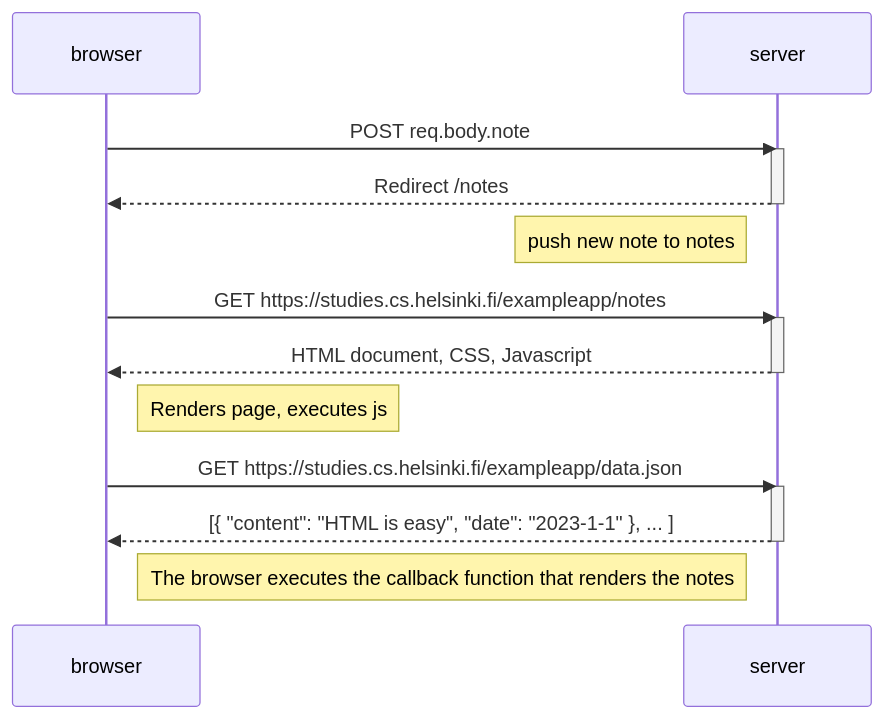
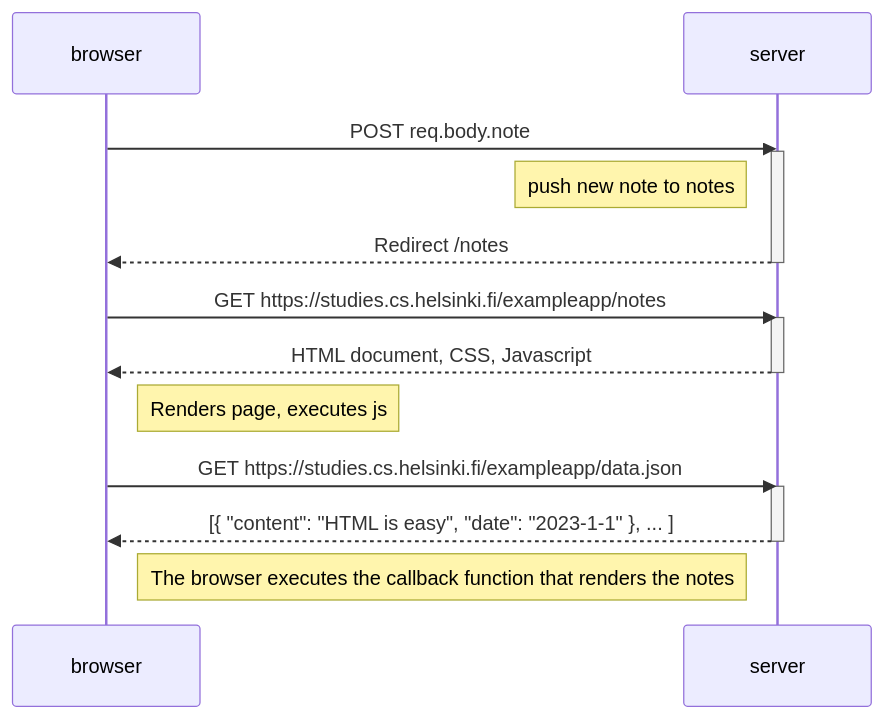
Before and after one commit to paolo-arroyo/fullstackopen: the diagram in part0/0-1 New Note Diagram.md, drawn with Mermaid.

Commit message:
fix note placement

````diff
--- a/part0/0-1 New Note Diagram.md
+++ b/part0/0-1 New Note Diagram.md
@@ -1,29 +1,26 @@
 ```mermaid
 sequenceDiagram
     participant browser
     participant server
 
-    
-
     browser->>server: POST req.body.note
     activate server
+    note left of server: push new note to notes
     server-->>browser: Redirect /notes
     deactivate server
-
-    note left of server: push new note to notes
 
     browser->>server: GET https://studies.cs.helsinki.fi/exampleapp/notes
     activate server
     server-->>browser: HTML document, CSS, Javascript
     deactivate server
 
     Note right of browser: Renders page, executes js
 
 
     browser->>server: GET https://studies.cs.helsinki.fi/exampleapp/data.json
     activate server
     server-->>browser: [{ "content": "HTML is easy", "date": "2023-1-1" }, ... ]
     deactivate server
 
     Note right of browser: The browser executes the callback function that renders the notes
 ```
````
